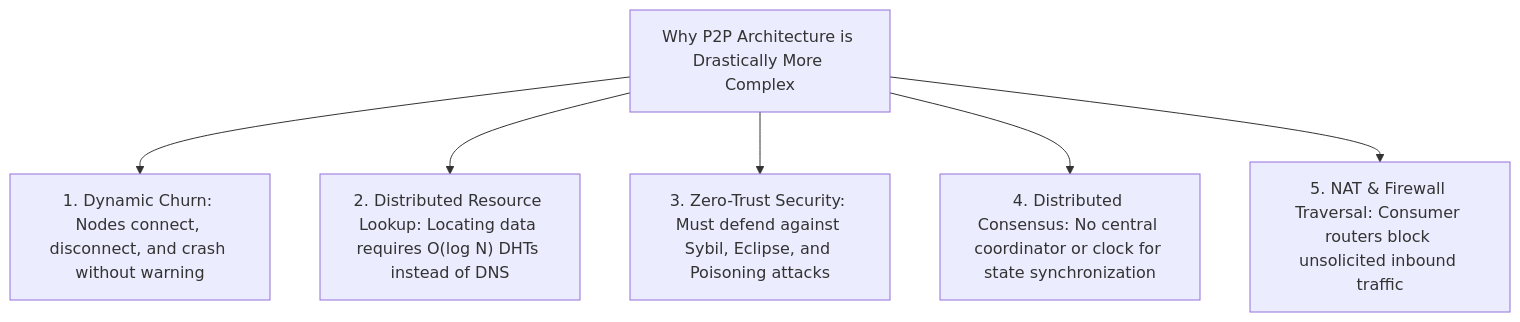
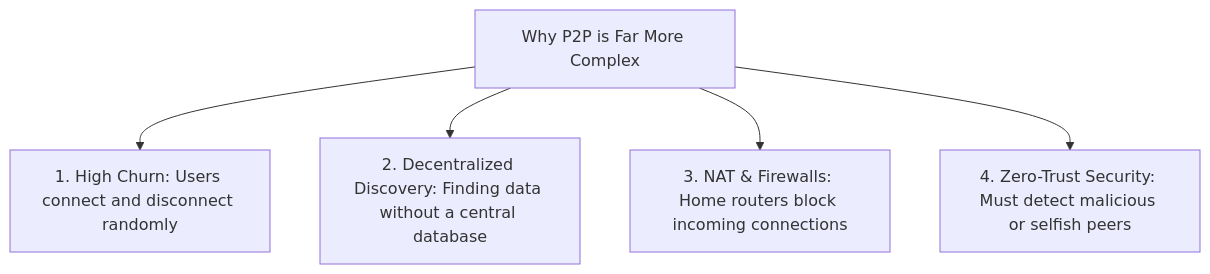
The fourth of 6 diagrams in C2-System model/TP3.md (KhornVictor-Learning/DistributedSystems), drawn with Mermaid before and after one commit. The commit also changed other lines of this file, not shown here.

````diff
--- a/C2-System model/TP3.md
+++ b/C2-System model/TP3.md
@@ -365,10 +248,8 @@
 ```mermaid
 flowchart TD
-    Root["Why P2P Architecture is Drastically More Complex"]
-
-    Root --> C1["1. Dynamic Churn: Nodes connect, disconnect, and crash without warning"]
-    Root --> C2["2. Distributed Resource Lookup: Locating data requires O(log N) DHTs instead of DNS"]
-    Root --> C3["3. Zero-Trust Security: Must defend against Sybil, Eclipse, and Poisoning attacks"]
-    Root --> C4["4. Distributed Consensus: No central coordinator or clock for state synchronization"]
-    Root --> C5["5. NAT & Firewall Traversal: Consumer routers block unsolicited inbound traffic"]
+    Root["Why P2P is Far More Complex"]
+    Root --> R1["1. High Churn: Users connect and disconnect randomly"]
+    Root --> R2["2. Decentralized Discovery: Finding data without a central database"]
+    Root --> R3["3. NAT & Firewalls: Home routers block incoming connections"]
+    Root --> R4["4. Zero-Trust Security: Must detect malicious or selfish peers"]
 ```
````
